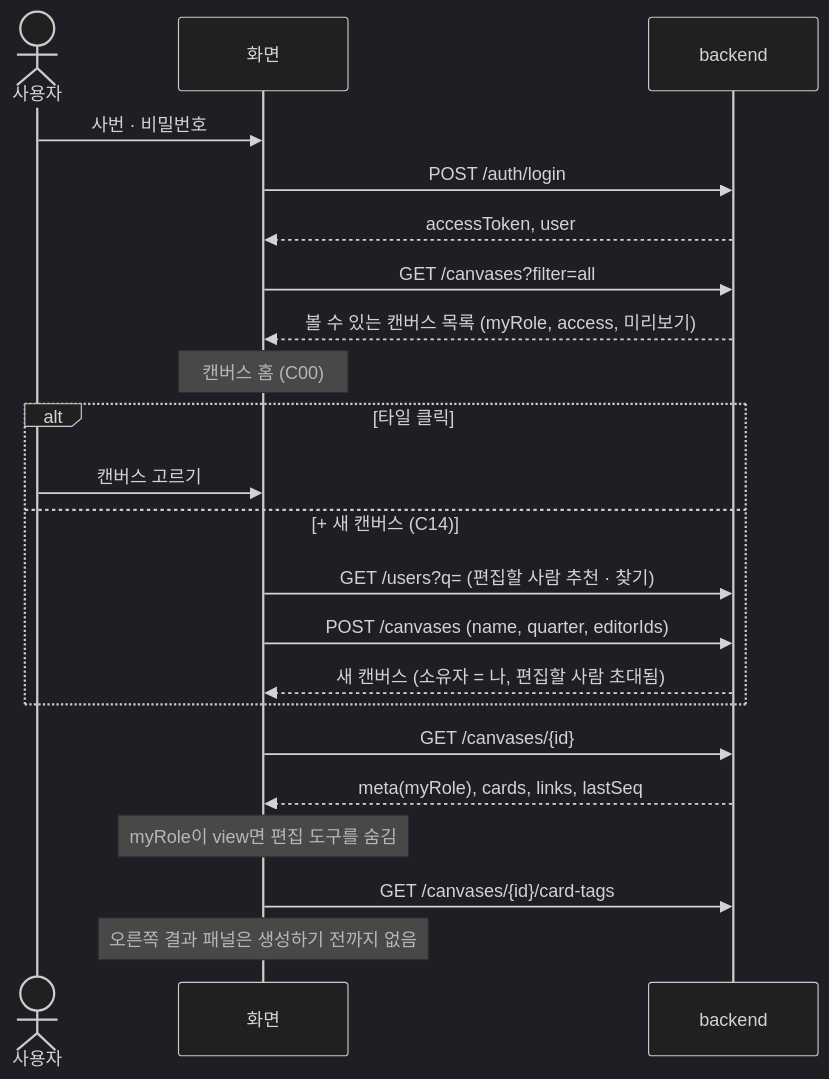
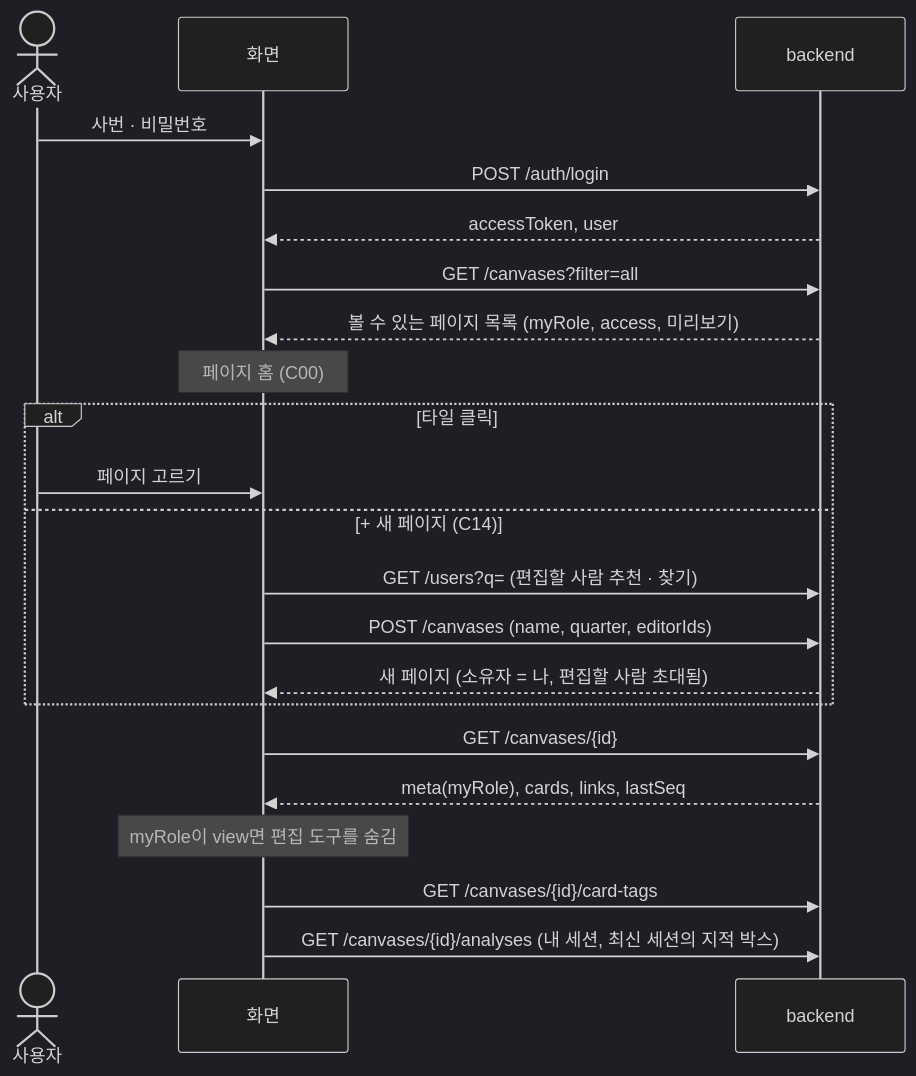
The second of 7 diagrams in docs/frontend/api-diagram.md (vamos-team/telescope), drawn with Mermaid (dark theme) before and after one commit. The commit also changed other lines of this file and 8 other files, not shown here.

````diff
--- a/docs/frontend/api-diagram.md
+++ b/docs/frontend/api-diagram.md
@@ -53,25 +53,25 @@
 ```mermaid
 sequenceDiagram
   actor U as 사용자
   participant F as 화면
   participant B as backend
 
   U->>F: 사번 · 비밀번호
   F->>B: POST /auth/login
   B-->>F: accessToken, user
   F->>B: GET /canvases?filter=all
-  B-->>F: 볼 수 있는 캔버스 목록 (myRole, access, 미리보기)
-  Note over F: 캔버스 홈 (C00)
+  B-->>F: 볼 수 있는 페이지 목록 (myRole, access, 미리보기)
+  Note over F: 페이지 홈 (C00)
   alt 타일 클릭
-    U->>F: 캔버스 고르기
-  else + 새 캔버스 (C14)
+    U->>F: 페이지 고르기
+  else + 새 페이지 (C14)
     F->>B: GET /users?q= (편집할 사람 추천 · 찾기)
     F->>B: POST /canvases (name, quarter, editorIds)
-    B-->>F: 새 캔버스 (소유자 = 나, 편집할 사람 초대됨)
+    B-->>F: 새 페이지 (소유자 = 나, 편집할 사람 초대됨)
   end
   F->>B: GET /canvases/{id}
   B-->>F: meta(myRole), cards, links, lastSeq
   Note over F: myRole이 view면 편집 도구를 숨김
   F->>B: GET /canvases/{id}/card-tags
-  Note over F: 오른쪽 결과 패널은 생성하기 전까지 없음
+  F->>B: GET /canvases/{id}/analyses (내 세션, 최신 세션의 지적 박스)
 ```
````
